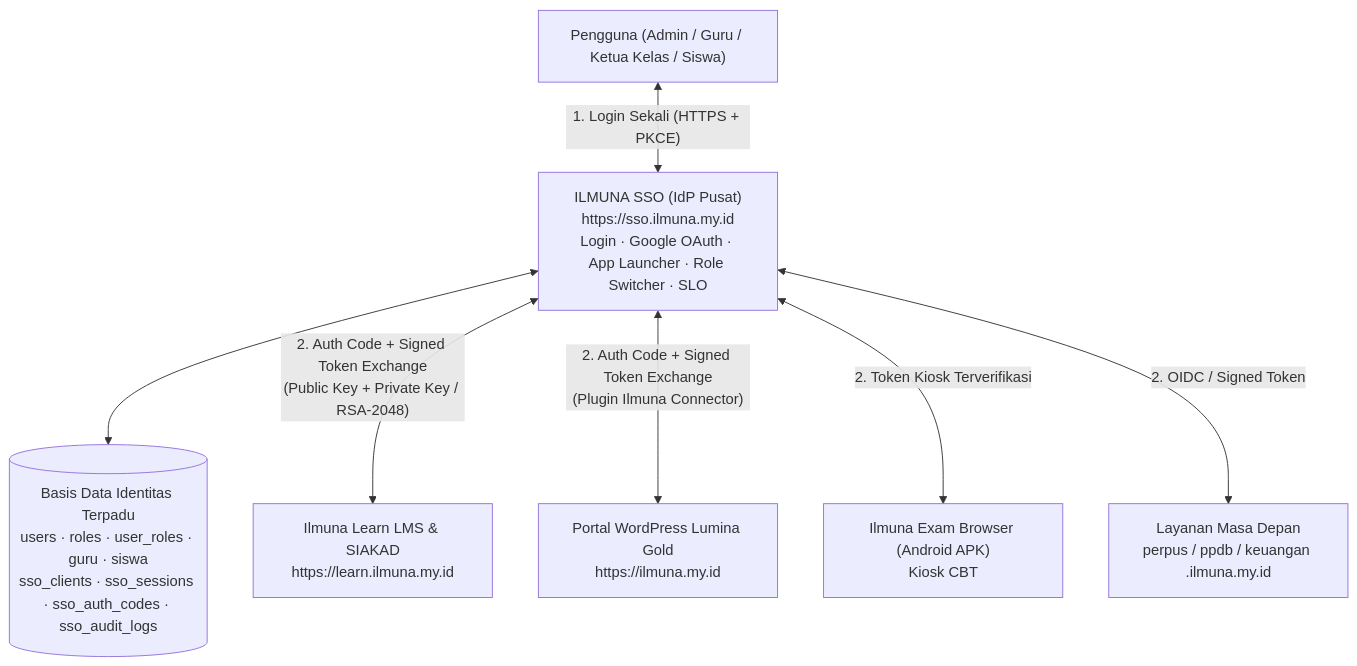
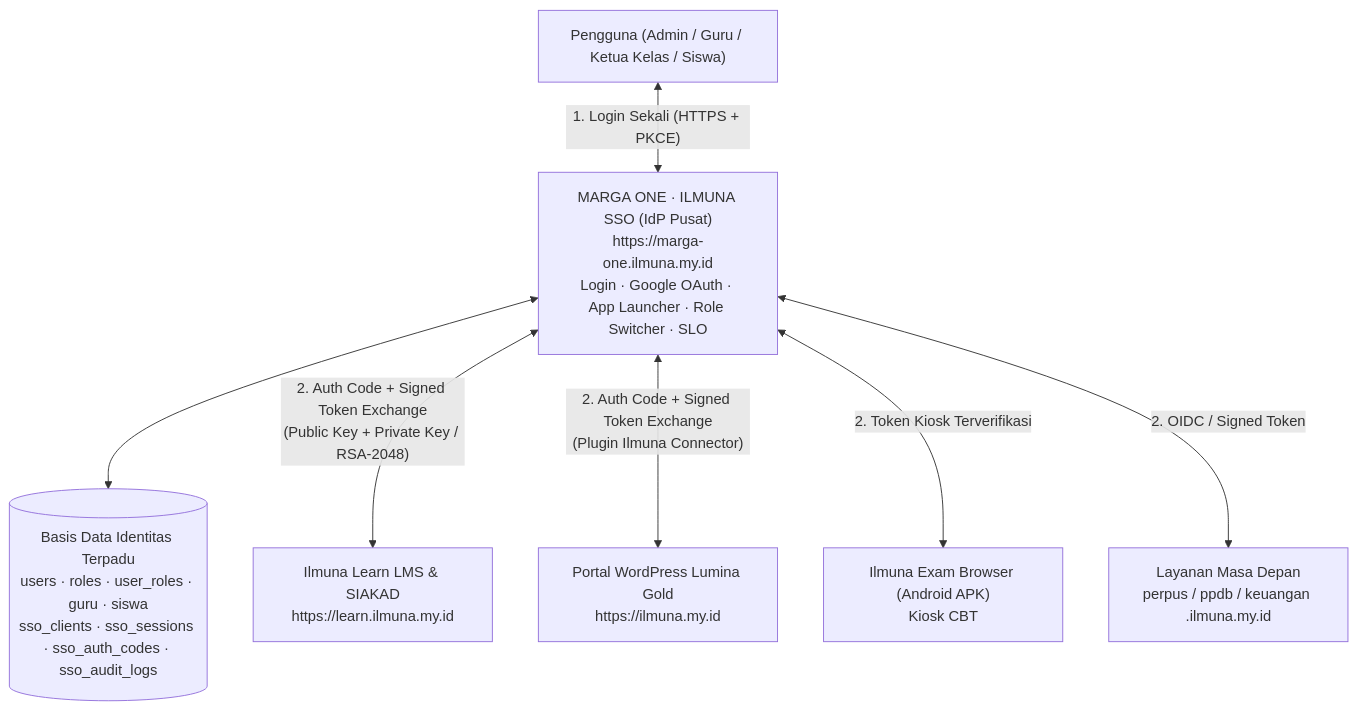
The first of 2 diagrams in SSO_BLUEPRINT.md (HACKsains/Ilmuna-Learn-Manajemen-System), drawn with Mermaid before and after one commit. The commit also changed other lines of this file and 1 other file, not shown here.

Commit message:
docs(sso): set official SSO subdomain to marga-one.ilmuna.my.id (Marga One)

````diff
--- a/SSO_BLUEPRINT.md
+++ b/SSO_BLUEPRINT.md
@@ -26,18 +26,18 @@
 ```mermaid
 flowchart TB
     User["Pengguna (Admin / Guru / Ketua Kelas / Siswa)"]
-    IdP["ILMUNA SSO (IdP Pusat)\nhttps://sso.ilmuna.my.id\nLogin · Google OAuth · App Launcher · Role Switcher · SLO"]
+    IdP["MARGA ONE · ILMUNA SSO (IdP Pusat)\nhttps://marga-one.ilmuna.my.id\nLogin · Google OAuth · App Launcher · Role Switcher · SLO"]
     DB[("Basis Data Identitas Terpadu\nusers · roles · user_roles · guru · siswa\nsso_clients · sso_sessions · sso_auth_codes · sso_audit_logs")]
 
     SP1["Ilmuna Learn LMS & SIAKAD\nhttps://learn.ilmuna.my.id"]
     SP2["Portal WordPress Lumina Gold\nhttps://ilmuna.my.id"]
     SP3["Ilmuna Exam Browser (Android APK)\nKiosk CBT"]
     SP4["Layanan Masa Depan\nperpus / ppdb / keuangan .ilmuna.my.id"]
 
     User <-->|"1. Login Sekali (HTTPS + PKCE)"| IdP
     IdP <--> DB
     IdP <-->|"2. Auth Code + Signed Token Exchange\n(Public Key + Private Key / RSA-2048)"| SP1
     IdP <-->|"2. Auth Code + Signed Token Exchange\n(Plugin Ilmuna Connector)"| SP2
     IdP <-->|"2. Token Kiosk Terverifikasi"| SP3
     IdP <-->|"2. OIDC / Signed Token"| SP4
 ```
````
